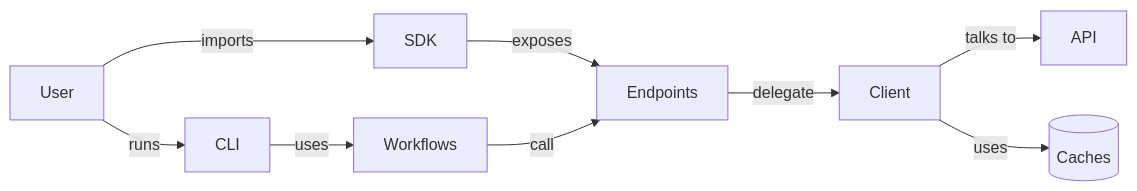
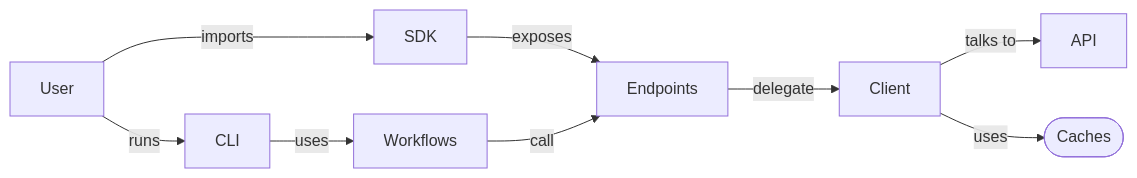
Before and after one commit to fderuiter/imednet-python-sdk: the second of 3 diagrams in docs/architecture.rst, drawn with Mermaid. The commit also changed other lines of this file and 4 other files, not shown here.

```diff
--- a/docs/architecture.rst
+++ b/docs/architecture.rst
@@ -66,11 +66,11 @@
 .. mermaid::
 
    graph LR
        User --> |runs| CLI
        User --> |imports| SDK
        CLI --> |uses| Workflows
        SDK --> |exposes| Endpoints
        Workflows --> |call| Endpoints
        Endpoints --> |delegate| Client
        Client --> |talks to| API
-       Client --> |uses| Cache[(Caches)]
+       Client --> |uses| Cache(["Caches"])
```
